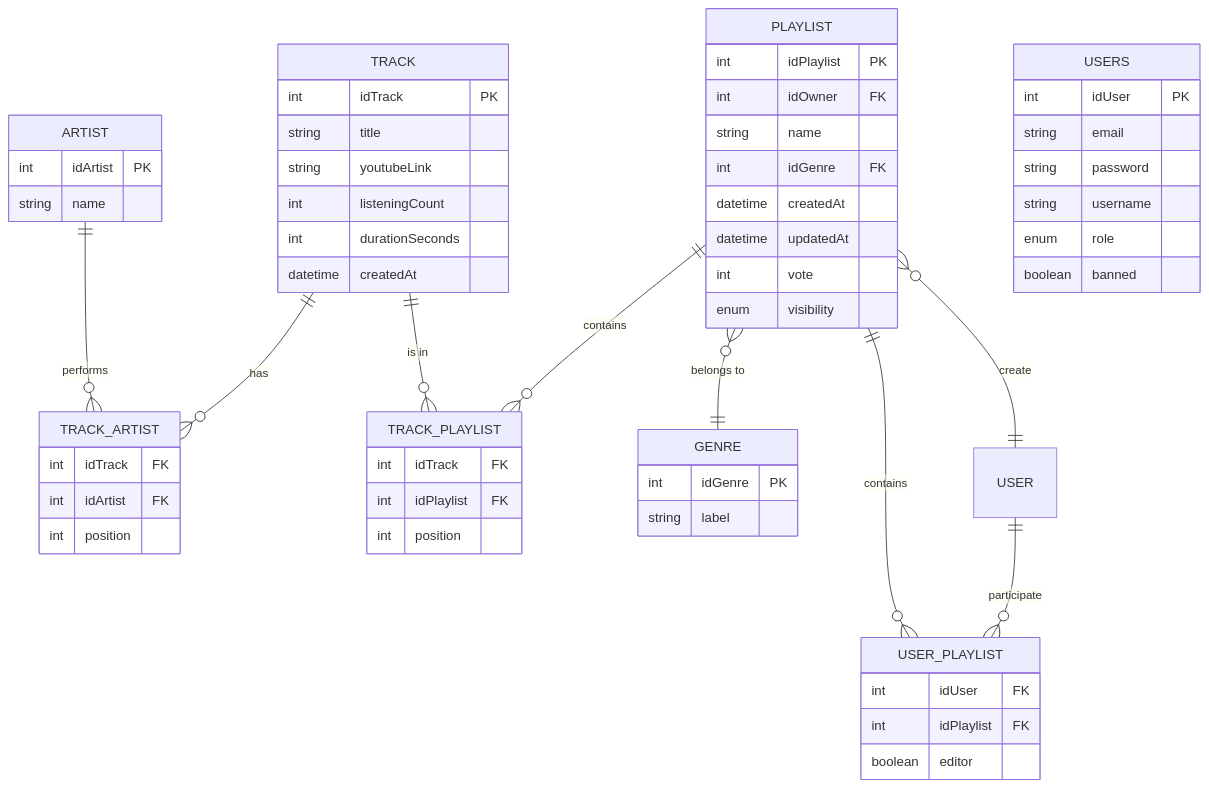
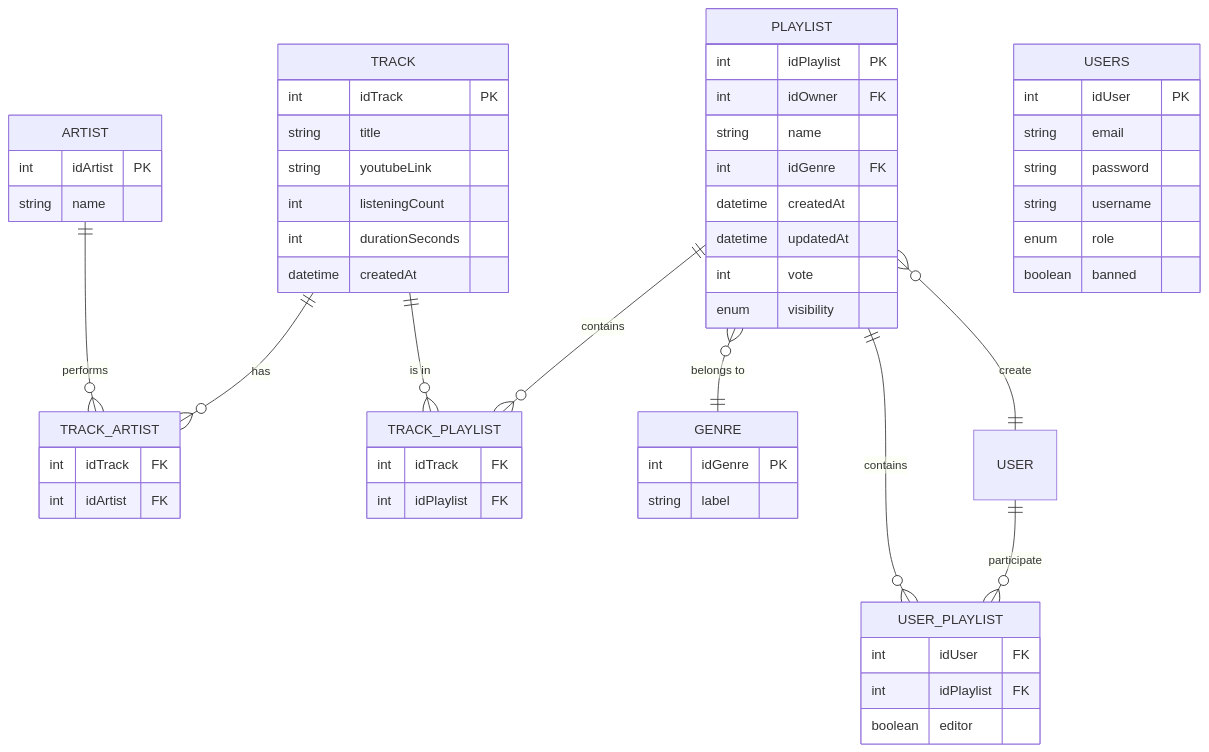
Before and after one commit to DimMarr/doremix: the diagram in documentation/mcd.md, drawn with Mermaid.

Commit message:
update mcd

````diff
--- a/documentation/mcd.md
+++ b/documentation/mcd.md
@@ -1,61 +1,59 @@
 ```mermaid
 erDiagram
     %% Relations
     TRACK ||--o{ TRACK_ARTIST : "has"
     ARTIST ||--o{ TRACK_ARTIST : "performs"
     PLAYLIST ||--o{ TRACK_PLAYLIST : "contains"
     TRACK ||--o{ TRACK_PLAYLIST : "is in"
     PLAYLIST }o--|| GENRE : "belongs to"
     USER ||--o{ USER_PLAYLIST : "participate"
     PLAYLIST ||--o{ USER_PLAYLIST : "contains"
     PLAYLIST }o--|| USER : "create"
     TRACK {
         int idTrack PK
         string title
         string youtubeLink
         int listeningCount
         int durationSeconds
         datetime createdAt
     }
     ARTIST {
         int idArtist PK
         string name
     }
     TRACK_ARTIST {
         int idTrack FK
         int idArtist FK
-        int position
     }
     PLAYLIST {
         int idPlaylist PK
         int idOwner FK
         string name
         int idGenre FK
         datetime createdAt
         datetime updatedAt
         int vote
         enum visibility
     }
     GENRE {
         int idGenre PK
         string label
     }
     TRACK_PLAYLIST {
         int idTrack FK
         int idPlaylist FK
-        int position
     }
     USERS {
         int idUser PK
         string email
         string password
         string username
         enum role
         boolean banned
     }
     USER_PLAYLIST {
         int idUser FK
         int idPlaylist FK
         boolean editor
     }
 ```
````
